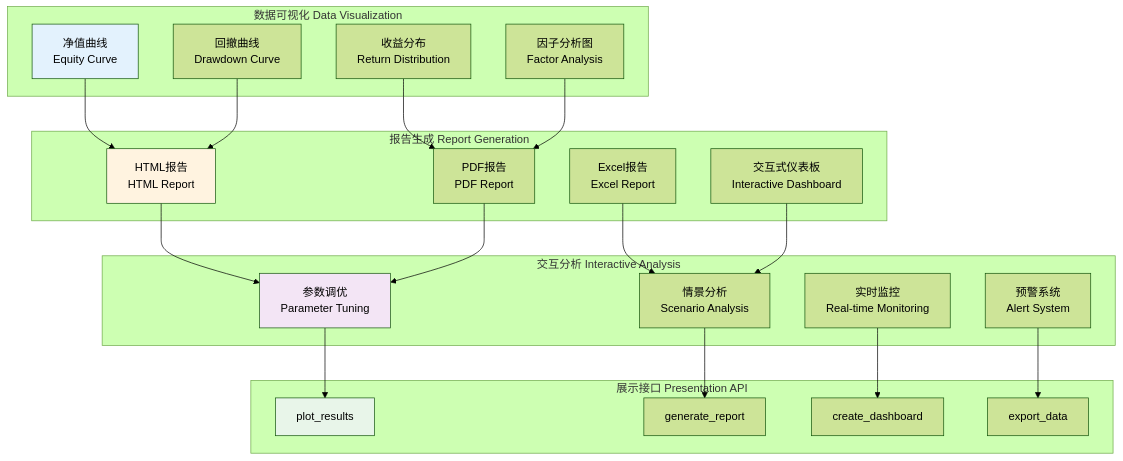
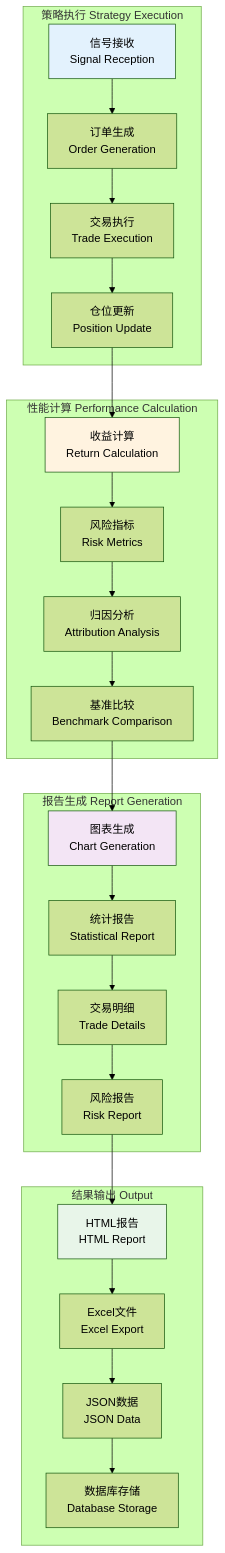
One commit to YutaoWang03/Quant---Alpha101 changed the seventh of 8 diagrams in docs/ARCHITECTURE.md. Above: the diagram before and after it, drawn with Mermaid (forest theme). The commit also changed other lines of this file and 14 other files, not shown here.

````diff
--- a/docs/ARCHITECTURE.md
+++ b/docs/ARCHITECTURE.md
@@ -342,50 +541,54 @@
 ```mermaid
 graph TB
-    subgraph "数据可视化 Data Visualization"
-        A1[净值曲线<br/>Equity Curve]
-        A2[回撤曲线<br/>Drawdown Curve]
-        A3[收益分布<br/>Return Distribution]
-        A4[因子分析图<br/>Factor Analysis]
+    subgraph "策略执行 Strategy Execution"
+        A1[信号接收<br/>Signal Reception]
+        A2[订单生成<br/>Order Generation]
+        A3[交易执行<br/>Trade Execution]
+        A4[仓位更新<br/>Position Update]
+    end
+    
+    subgraph "性能计算 Performance Calculation"
+        B1[收益计算<br/>Return Calculation]
+        B2[风险指标<br/>Risk Metrics]
+        B3[归因分析<br/>Attribution Analysis]
+        B4[基准比较<br/>Benchmark Comparison]
     end
     
     subgraph "报告生成 Report Generation"
-        B1[HTML报告<br/>HTML Report]
-        B2[PDF报告<br/>PDF Report]
-        B3[Excel报告<br/>Excel Report]
-        B4[交互式仪表板<br/>Interactive Dashboard]
+        C1[图表生成<br/>Chart Generation]
+        C2[统计报告<br/>Statistical Report]
+        C3[交易明细<br/>Trade Details]
+        C4[风险报告<br/>Risk Report]
     end
     
-    subgraph "交互分析 Interactive Analysis"
-        C1[参数调优<br/>Parameter Tuning]
-        C2[情景分析<br/>Scenario Analysis]
-        C3[实时监控<br/>Real-time Monitoring]
-        C4[预警系统<br/>Alert System]
+    subgraph "结果输出 Output"
+        D1[HTML报告<br/>HTML Report]
+        D2[Excel文件<br/>Excel Export]
+        D3[JSON数据<br/>JSON Data]
+        D4[数据库存储<br/>Database Storage]
     end
     
-    subgraph "展示接口 Presentation API"
-        D1[plot_results]
-        D2[generate_report]
-        D3[create_dashboard]
-        D4[export_data]
-    end
+    A1 --> A2
+    A2 --> A3
+    A3 --> A4
     
-    A1 --> B1
-    A2 --> B1
-    A3 --> B2
-    A4 --> B2
+    A4 --> B1
+    B1 --> B2
+    B2 --> B3
+    B3 --> B4
     
-    B1 --> C1
-    B2 --> C1
-    B3 --> C2
-    B4 --> C2
+    B4 --> C1
+    C1 --> C2
+    C2 --> C3
+    C3 --> C4
     
-    C1 --> D1
-    C2 --> D2
-    C3 --> D3
-    C4 --> D4
+    C4 --> D1
+    D1 --> D2
+    D2 --> D3
+    D3 --> D4
     
     style A1 fill:#e3f2fd
     style B1 fill:#fff3e0
     style C1 fill:#f3e5f5
     style D1 fill:#e8f5e9
 ```
````
